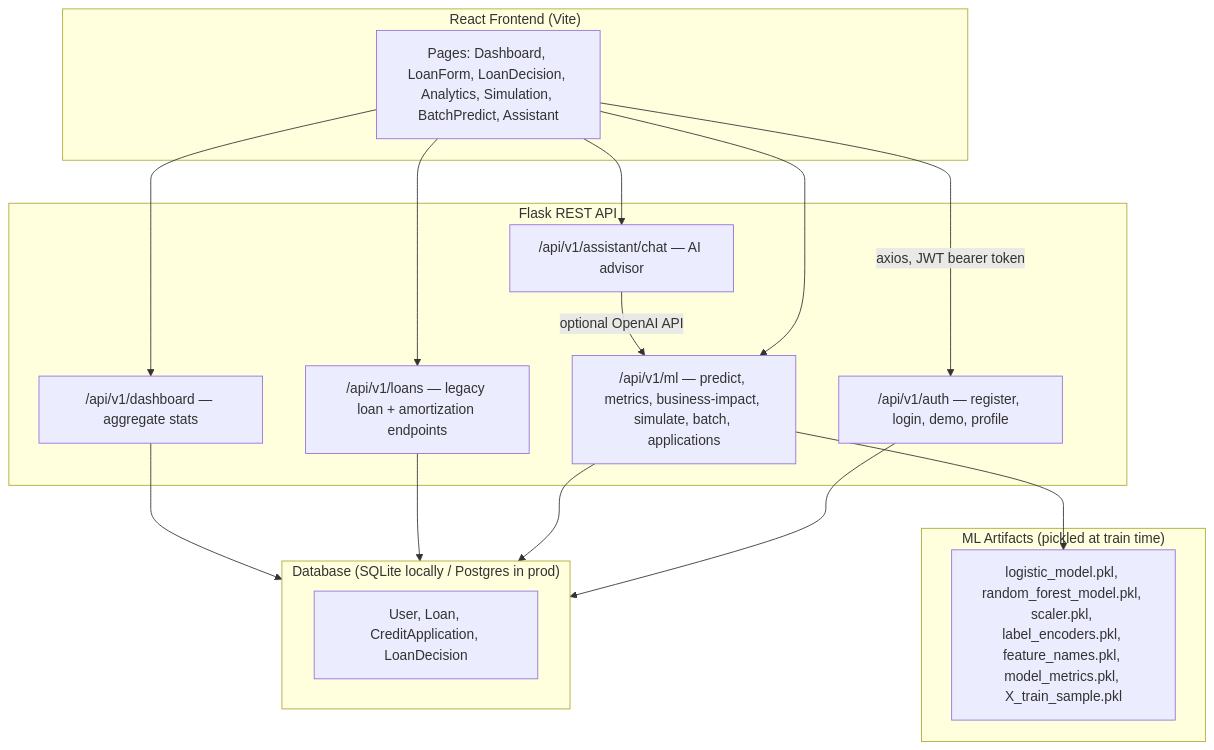
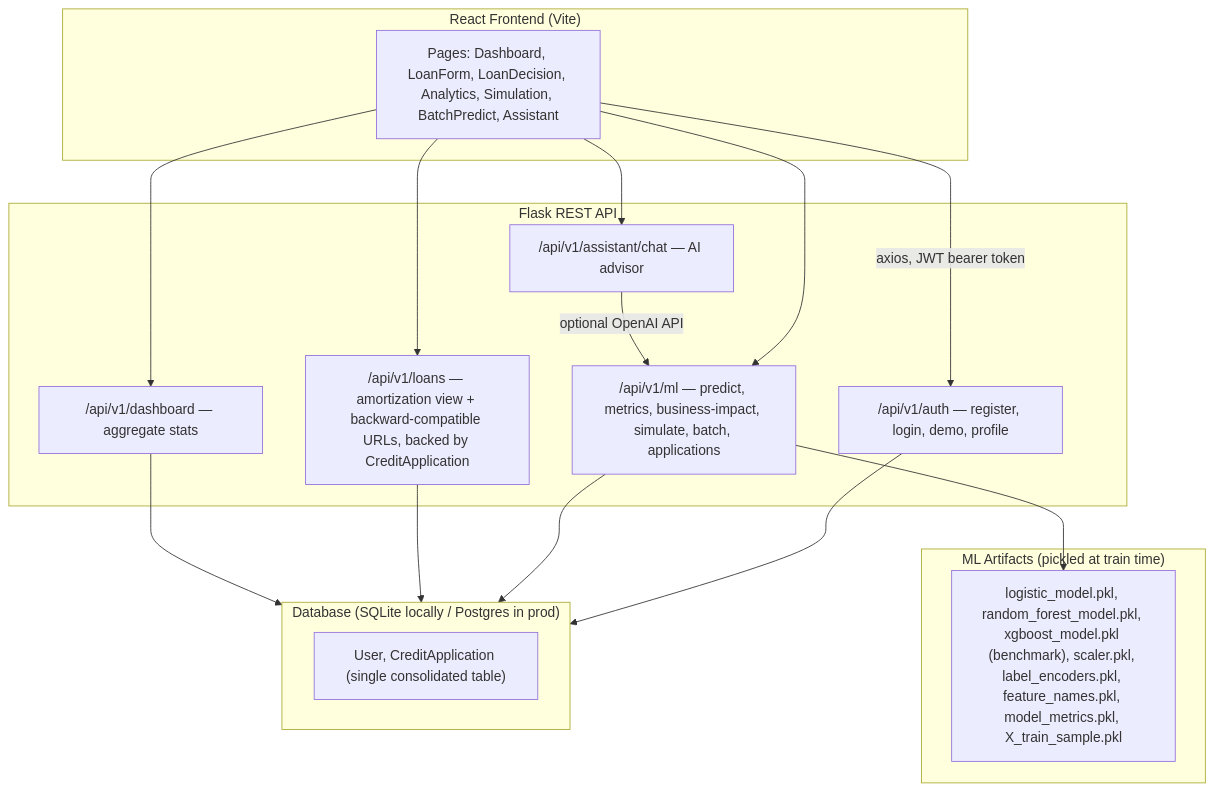
One commit to nayana3333/Credit-IQ changed the diagram in docs/INTERVIEW_PREP.md. Above: the diagram before and after it, drawn with Mermaid. The commit also changed other lines of this file and 9 other files, not shown here.

````diff
--- a/docs/INTERVIEW_PREP.md
+++ b/docs/INTERVIEW_PREP.md
@@ -47,31 +47,31 @@
 ```mermaid
 flowchart TB
     subgraph Frontend["React Frontend (Vite)"]
         UI["Pages: Dashboard, LoanForm, LoanDecision, Analytics, Simulation, BatchPredict, Assistant"]
     end
     subgraph Backend["Flask REST API"]
         Auth["/api/v1/auth — register, login, demo, profile"]
         ML["/api/v1/ml — predict, metrics, business-impact, simulate, batch, applications"]
-        Loans["/api/v1/loans — legacy loan + amortization endpoints"]
+        Loans["/api/v1/loans — amortization view + backward-compatible URLs, backed by CreditApplication"]
         Dash["/api/v1/dashboard — aggregate stats"]
         Assistant["/api/v1/assistant/chat — AI advisor"]
     end
     subgraph ML_Layer["ML Artifacts (pickled at train time)"]
-        Models["logistic_model.pkl, random_forest_model.pkl, scaler.pkl, label_encoders.pkl, feature_names.pkl, model_metrics.pkl, X_train_sample.pkl"]
+        Models["logistic_model.pkl, random_forest_model.pkl, xgboost_model.pkl (benchmark), scaler.pkl, label_encoders.pkl, feature_names.pkl, model_metrics.pkl, X_train_sample.pkl"]
     end
     subgraph DB["Database (SQLite locally / Postgres in prod)"]
-        Tables["User, Loan, CreditApplication, LoanDecision"]
+        Tables["User, CreditApplication (single consolidated table)"]
     end
 
     UI -->|axios, JWT bearer token| Auth
     UI --> ML
     UI --> Loans
     UI --> Dash
     UI --> Assistant
     Auth --> DB
     ML --> Models
     ML --> DB
     Loans --> DB
     Dash --> DB
     Assistant -->|optional OpenAI API| ML
 ```
````
